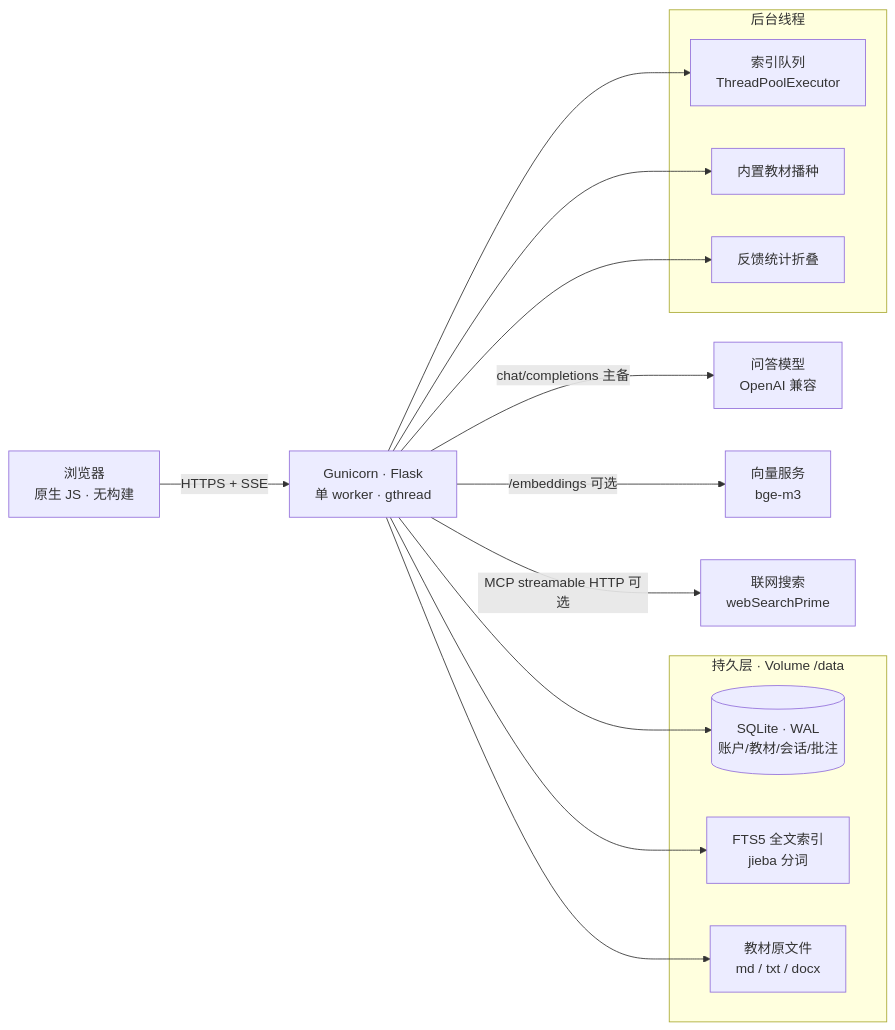
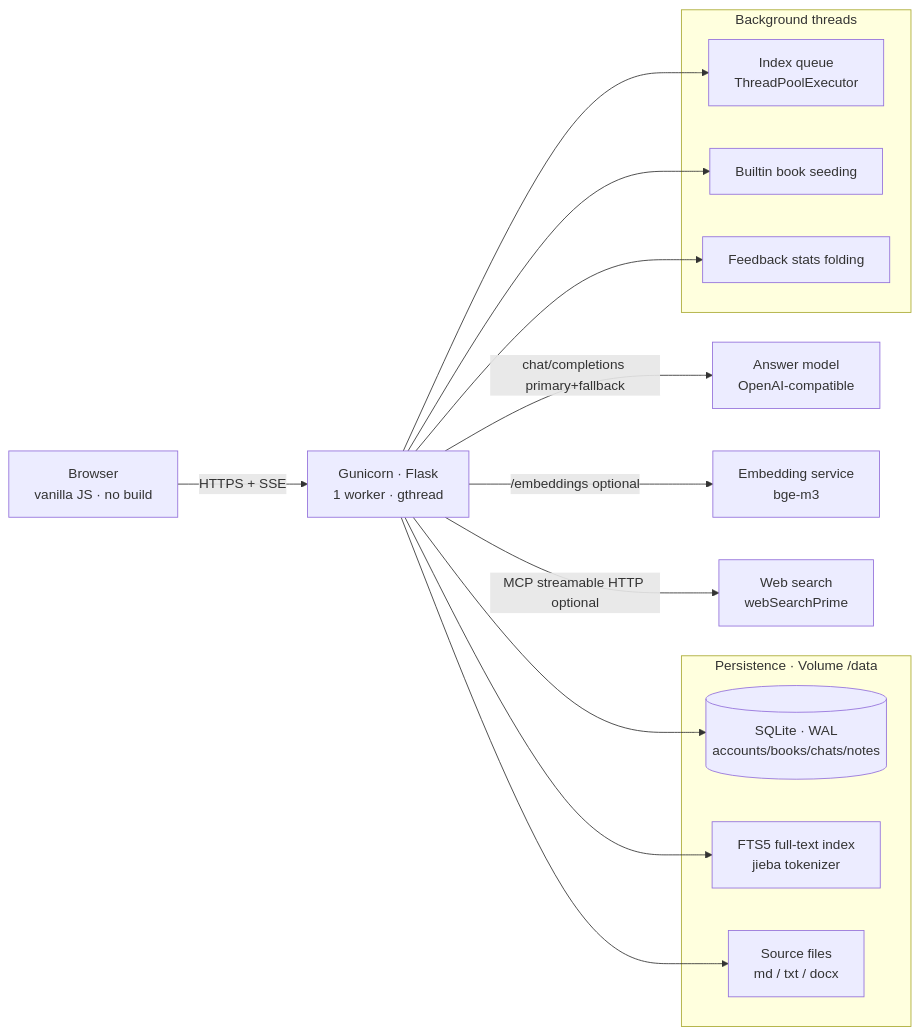
The first of 4 diagrams in README.md (Zafer-Liu/book-learning), drawn with Mermaid before and after one commit. The commit also changed other lines of this file and 2 other files, not shown here.

````diff
--- a/README.md
+++ b/README.md
@@ -20,23 +22,23 @@
 ```mermaid
 flowchart LR
-    B["浏览器<br/>原生 JS · 无构建"] -->|"HTTPS + SSE"| G["Gunicorn · Flask<br/>单 worker · gthread"]
-    subgraph DATA["持久层 · Volume /data"]
-        DB[("SQLite · WAL<br/>账户/教材/会话/批注")]
-        FTS["FTS5 全文索引<br/>jieba 分词"]
-        SRC["教材原文件<br/>md / txt / docx"]
+    B["Browser<br/>vanilla JS · no build"] -->|"HTTPS + SSE"| G["Gunicorn · Flask<br/>1 worker · gthread"]
+    subgraph DATA["Persistence · Volume /data"]
+        DB[("SQLite · WAL<br/>accounts/books/chats/notes")]
+        FTS["FTS5 full-text index<br/>jieba tokenizer"]
+        SRC["Source files<br/>md / txt / docx"]
     end
-    subgraph BG["后台线程"]
-        IX["索引队列<br/>ThreadPoolExecutor"]
-        SEED["内置教材播种"]
-        STATS["反馈统计折叠"]
+    subgraph BG["Background threads"]
+        IX["Index queue<br/>ThreadPoolExecutor"]
+        SEED["Builtin book seeding"]
+        STATS["Feedback stats folding"]
     end
     G --> DB
     G --> FTS
     G --> SRC
     G --> IX
     G --> SEED
     G --> STATS
-    G -->|"chat/completions 主备"| LLM["问答模型<br/>OpenAI 兼容"]
-    G -->|"/embeddings 可选"| EMB["向量服务<br/>bge-m3"]
-    G -->|"MCP streamable HTTP 可选"| MCP["联网搜索<br/>webSearchPrime"]
+    G -->|"chat/completions primary+fallback"| LLM["Answer model<br/>OpenAI-compatible"]
+    G -->|"/embeddings optional"| EMB["Embedding service<br/>bge-m3"]
+    G -->|"MCP streamable HTTP optional"| MCP["Web search<br/>webSearchPrime"]
 ```
````
